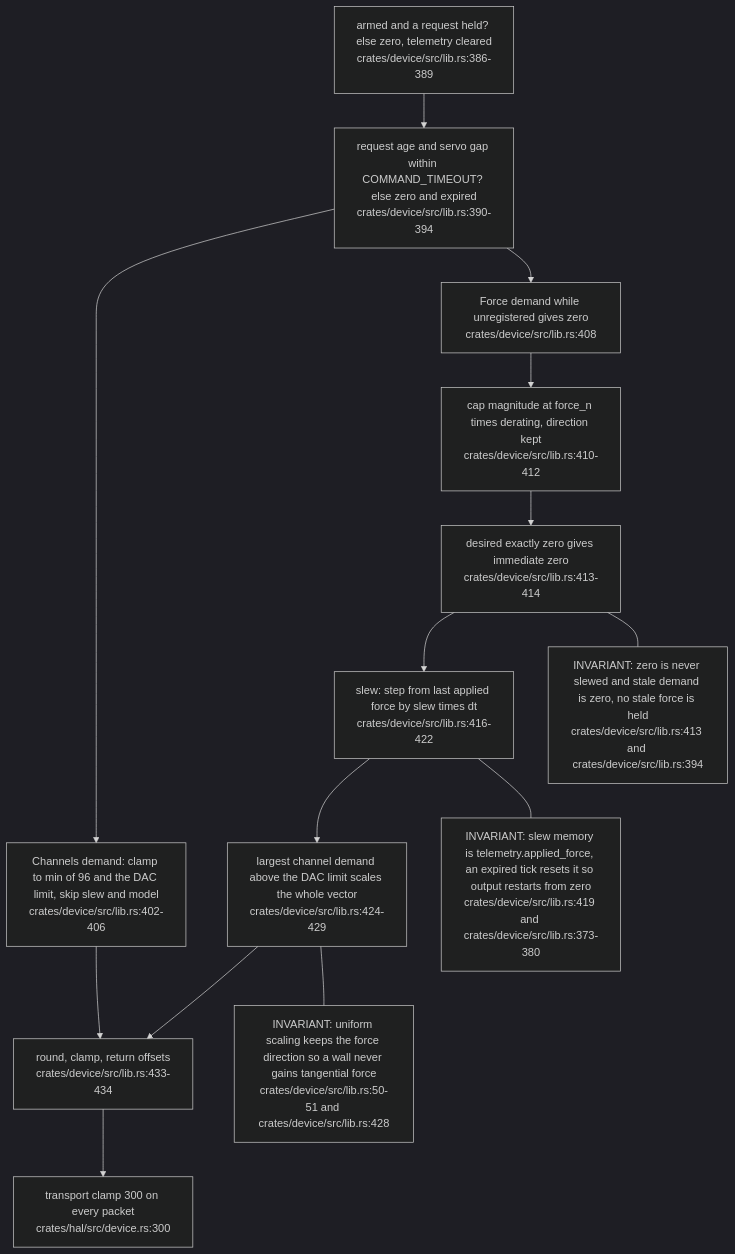
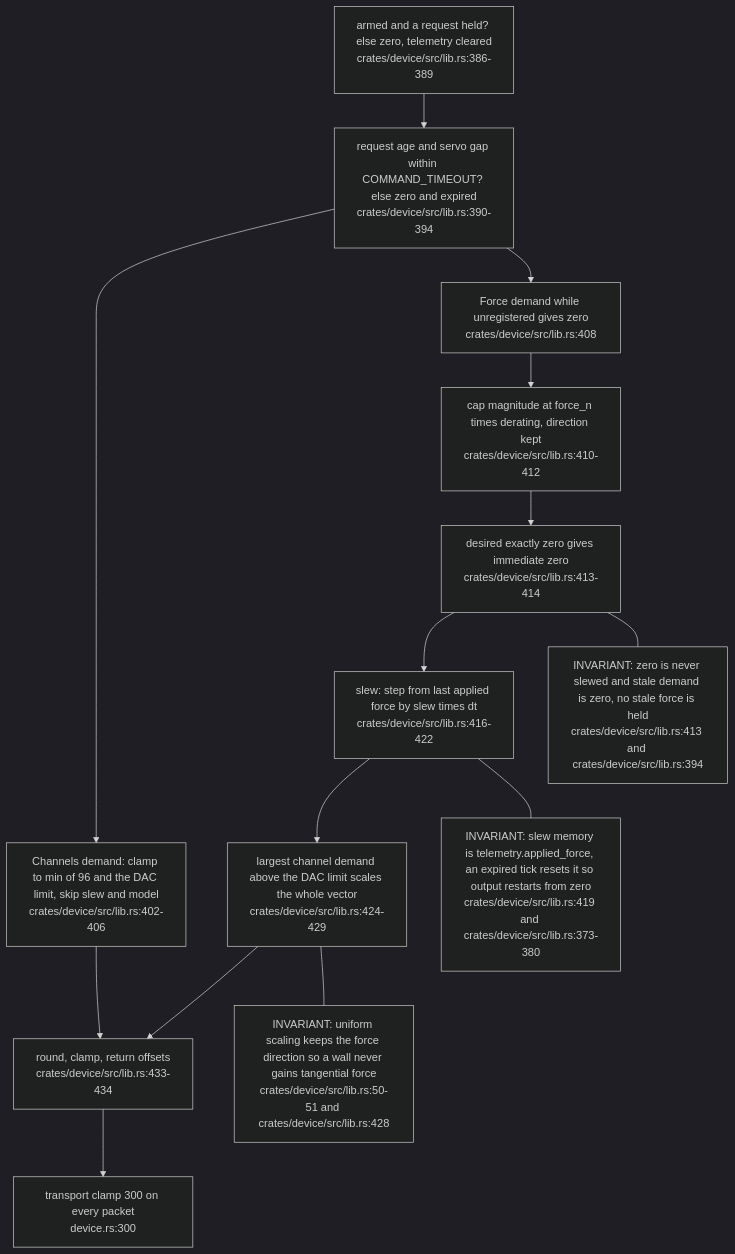
The third of 5 diagrams in docs/diagrams/visiontouch-rs/03-device-sdk-and-force-guard.md (DreamLab-AI/VisionFlow), drawn with Mermaid (dark theme) before and after one commit. The commit also changed other lines of this file and 27 other files, not shown here.

````diff
--- a/docs/diagrams/visiontouch-rs/03-device-sdk-and-force-guard.md
+++ b/docs/diagrams/visiontouch-rs/03-device-sdk-and-force-guard.md
@@ -88,29 +90,29 @@
 ```mermaid
 flowchart TB
     A["armed and a request held? else zero, telemetry cleared<br/>crates/device/src/lib.rs:386-389"]
     B["request age and servo gap within COMMAND_TIMEOUT? else zero and expired<br/>crates/device/src/lib.rs:390-394"]
     C["Channels demand: clamp to min of 96 and the DAC limit, skip slew and model<br/>crates/device/src/lib.rs:402-406"]
     D["Force demand while unregistered gives zero<br/>crates/device/src/lib.rs:408"]
     E["cap magnitude at force_n times derating, direction kept<br/>crates/device/src/lib.rs:410-412"]
     F["desired exactly zero gives immediate zero<br/>crates/device/src/lib.rs:413-414"]
     G["slew: step from last applied force by slew times dt<br/>crates/device/src/lib.rs:416-422"]
     H["largest channel demand above the DAC limit scales the whole vector<br/>crates/device/src/lib.rs:424-429"]
     I["round, clamp, return offsets<br/>crates/device/src/lib.rs:433-434"]
-    J["transport clamp 300 on every packet<br/>crates/hal/src/device.rs:300"]
+    J["transport clamp 300 on every packet<br/>device.rs:300"]
     A --> B
     B --> C
     B --> D
     D --> E
     E --> F
     F --> G
     G --> H
     H --> I
     C --> I
     I --> J
     N1["INVARIANT: uniform scaling keeps the force direction so a wall never gains tangential force<br/>crates/device/src/lib.rs:50-51 and crates/device/src/lib.rs:428"]
     N2["INVARIANT: zero is never slewed and stale demand is zero, no stale force is held<br/>crates/device/src/lib.rs:413 and crates/device/src/lib.rs:394"]
     N3["INVARIANT: slew memory is telemetry.applied_force, an expired tick resets it so output restarts from zero<br/>crates/device/src/lib.rs:419 and crates/device/src/lib.rs:373-380"]
     G --- N3
     H --- N1
     F --- N2
 ```
````
